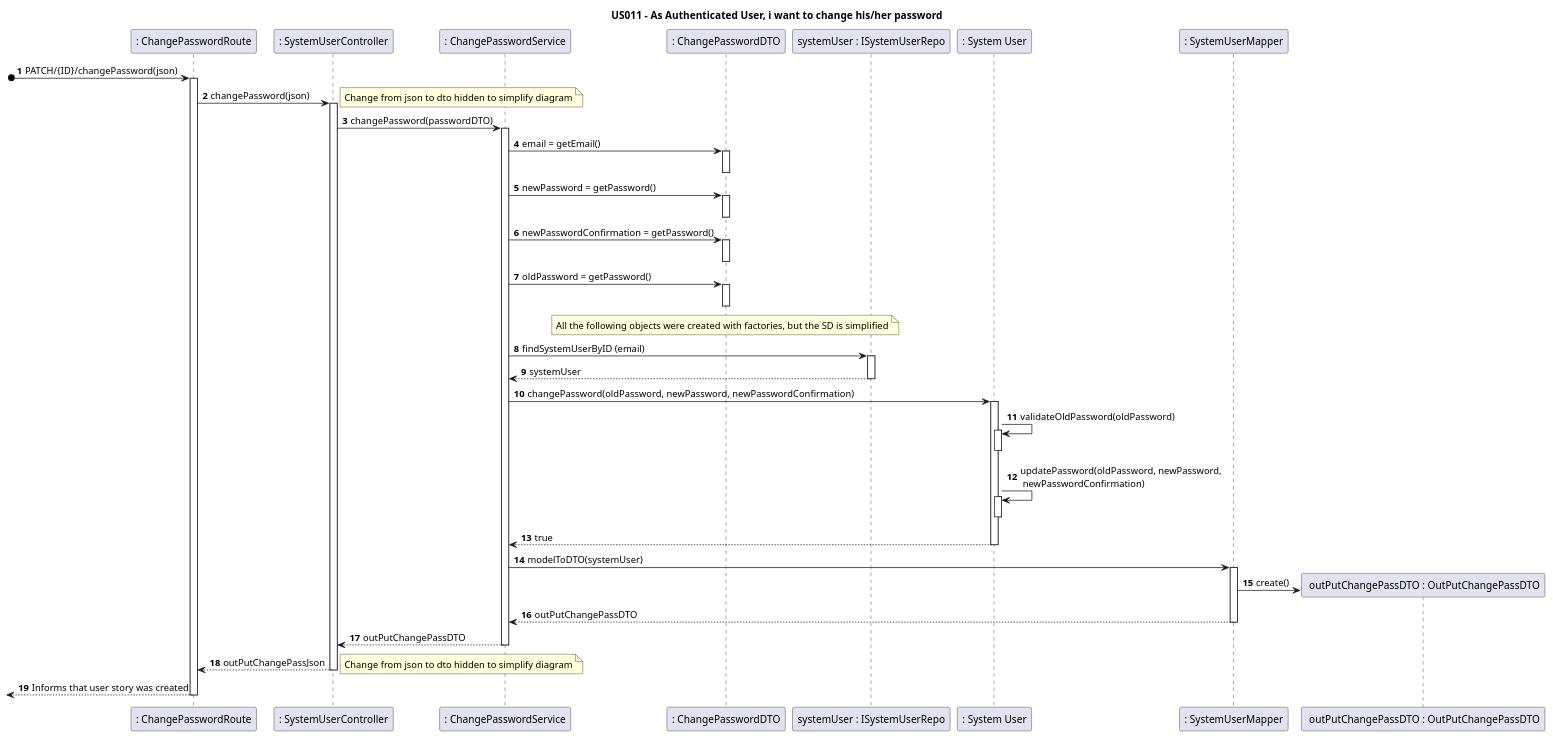
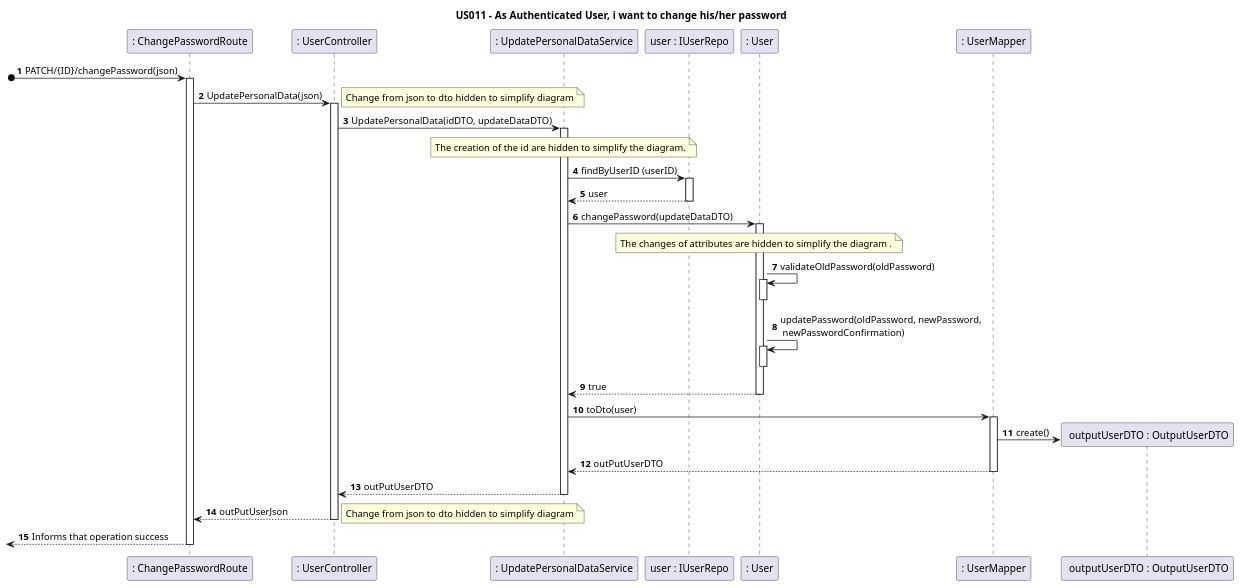
Before and after one commit to nunogon1211787/projectManagement: the diagram in docs/Sprint1/US011/US011RE-SD.puml, drawn with PlantUML. The commit also changed 15 other files, not shown here.

```diff
--- a/docs/Sprint1/US011/US011RE-SD.puml
+++ b/docs/Sprint1/US011/US011RE-SD.puml
@@ -1,56 +1,50 @@
 @startuml
 'https://plantuml.com/sequence-diagram
 
 title US011 - As Authenticated User, i want to change his/her password
 
 autoactivate on
 autonumber
 
 
 participant ": ChangePasswordRoute" as UI
-participant ": SystemUserController" as Ctrl
-participant ": ChangePasswordService" as service
-participant ": ChangePasswordDTO" as dto
-participant "systemUser : ISystemUserRepo" as repo
-participant ": System User" as user
-participant ": SystemUserMapper" as mapper
-participant " outPutChangePassDTO : OutPutChangePassDTO" as outdto
+participant ": UserController" as Ctrl
+participant ": UpdatePersonalDataService" as service
+participant "user : IUserRepo" as repo
+participant ": User" as user
+participant ": UserMapper" as mapper
+participant " outputUserDTO : OutputUserDTO" as outdto
 
 
 
 [o-> UI: PATCH/{ID}/changePassword(json)
-UI -> Ctrl: changePassword(json)
+UI -> Ctrl: UpdatePersonalData(json)
 note right
 Change from json to dto hidden to simplify diagram
 end note
-Ctrl -> service : changePassword(passwordDTO)
-service -> dto: email = getEmail()
-deactivate
-service -> dto: newPassword = getPassword()
-deactivate
-service -> dto: newPasswordConfirmation = getPassword()
-deactivate
-service -> dto: oldPassword = getPassword()
-deactivate
-note over dto: All the following objects were created with factories, but the SD is simplified
-service -> repo: findSystemUserByID (email)
-repo --> service : systemUser
-service->user: changePassword(oldPassword, newPassword, newPasswordConfirmation)
+Ctrl -> service : UpdatePersonalData(idDTO, updateDataDTO)
+note over service : The creation of the id are hidden to simplify the diagram.
+
+service -> repo: findByUserID (userID)
+repo --> service : user
+service->user: changePassword(updateDataDTO)
+note over user : The changes of attributes are hidden to simplify the diagram .
+
 user -> user: validateOldPassword(oldPassword)
 deactivate user
 user -> user: updatePassword(oldPassword, newPassword,\n newPasswordConfirmation)
 deactivate user
 user-->service : true
 
-service->mapper : modelToDTO(systemUser)
+service->mapper : toDto(user)
 mapper -> outdto **: create()
-mapper-->service : outPutChangePassDTO
-service-->Ctrl : outPutChangePassDTO
-Ctrl -->UI : outPutChangePassJson
+mapper-->service : outPutUserDTO
+service-->Ctrl : outPutUserDTO
+Ctrl -->UI : outPutUserJson
 note right
 Change from json to dto hidden to simplify diagram
 end note
-[<--UI : Informs that user story was created
+[<--UI : Informs that operation success
 
 
 @enduml
```
